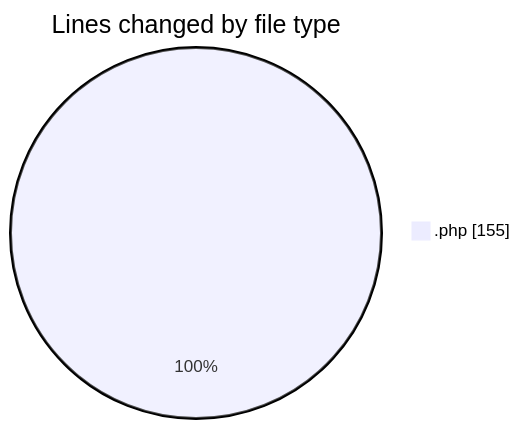
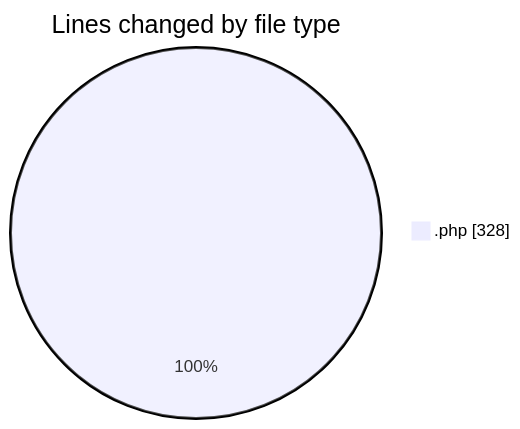
One commit to idhammustaqopulfikri/code-tracking changed the first of 2 diagrams in 2025-06-18/studio-backend/README.md. Above: the diagram before and after it, drawn with Mermaid. The commit also changed other lines of this file and 1 other file, not shown here.

````diff
--- a/2025-06-18/studio-backend/README.md
+++ b/2025-06-18/studio-backend/README.md
@@ -21,5 +21,5 @@
 ```mermaid
 pie showData
 title Lines changed by file type
-".php" : 155
+".php" : 328
 ```
````
